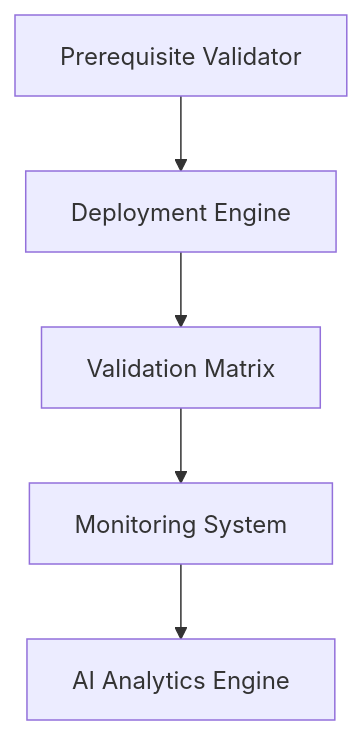
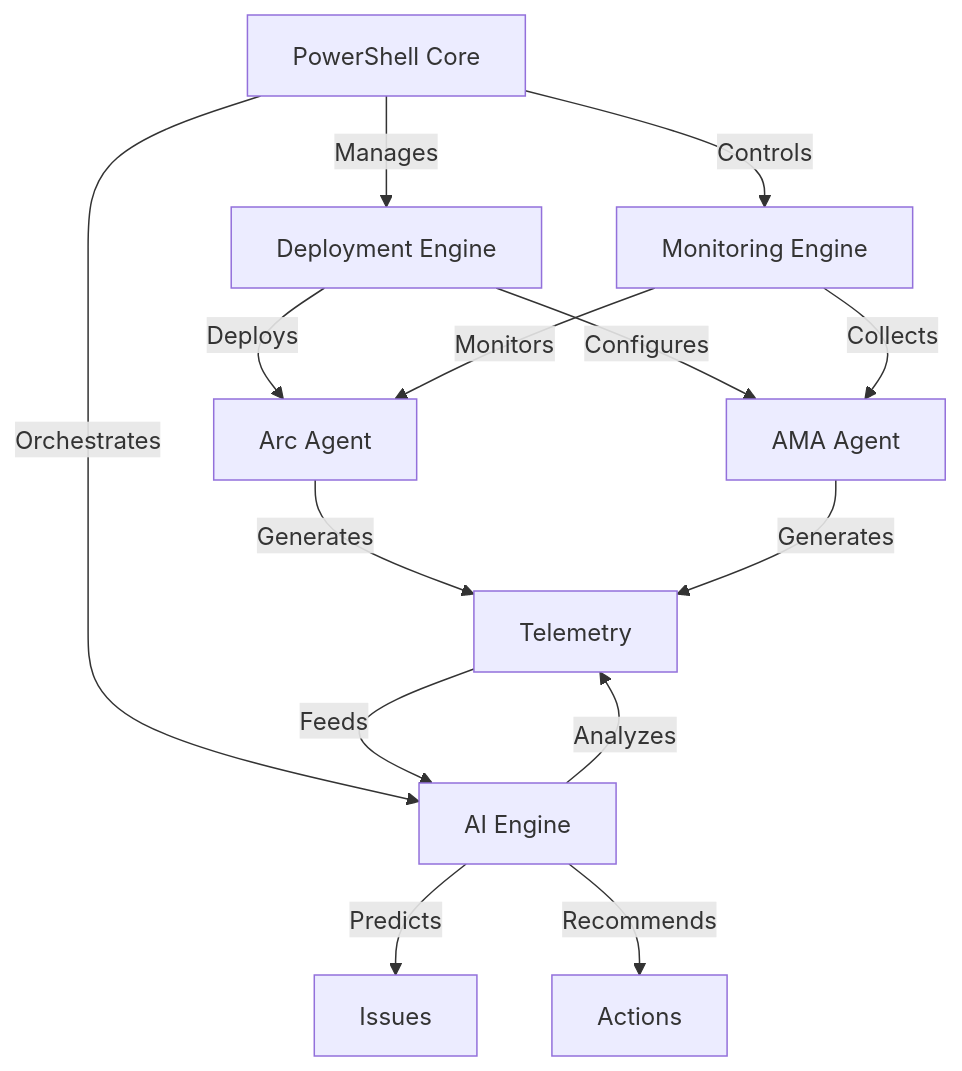
The first of 8 diagrams in docs/Architecture.md (topazyo/azure-arc-deployment-framework), drawn with Mermaid before and after one commit. The commit also changed other lines of this file and 93 other files, not shown here.

````diff
--- a/docs/Architecture.md
+++ b/docs/Architecture.md
@@ -6,7 +9,20 @@
 ```mermaid
 graph TD
-    A[Prerequisite Validator] --> B[Deployment Engine]
-    B --> C[Validation Matrix]
-    C --> D[Monitoring System]
-    D --> E[AI Analytics Engine]
+    A[PowerShell Core] -->|Manages| B[Deployment Engine]
+    A -->|Controls| C[Monitoring Engine]
+    A -->|Orchestrates| D[AI Engine]
+    
+    B -->|Deploys| E[Arc Agent]
+    B -->|Configures| F[AMA Agent]
+    
+    C -->|Monitors| E
+    C -->|Collects| F
+    
+    D -->|Analyzes| G[Telemetry]
+    D -->|Predicts| H[Issues]
+    D -->|Recommends| I[Actions]
+    
+    G -->|Feeds| D
+    E -->|Generates| G
+    F -->|Generates| G
 ```
````
